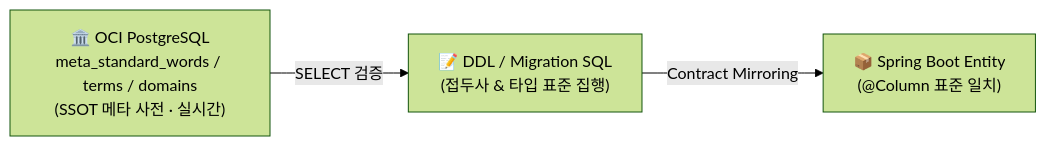
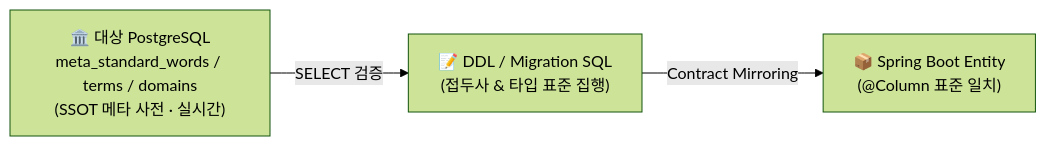
Before and after one commit to lkindo/egov-enterprise: the diagram in docs/03-guides/db-standardization-manual.md, drawn with Mermaid (forest theme). The commit also changed other lines of this file and 102 other files, not shown here.

````diff
--- a/docs/03-guides/db-standardization-manual.md
+++ b/docs/03-guides/db-standardization-manual.md
@@ -11,9 +11,9 @@
 ```mermaid
 graph LR
-    meta["🏛️ OCI PostgreSQL<br>meta_standard_words / terms / domains<br>(SSOT 메타 사전 · 실시간)"]
+    meta["🏛️ 대상 PostgreSQL<br>meta_standard_words / terms / domains<br>(SSOT 메타 사전 · 실시간)"]
     sql["📝 DDL / Migration SQL<br>(접두사 & 타입 표준 집행)"]
     be["📦 Spring Boot Entity<br>(@Column 표준 일치)"]
 
     meta -->|SELECT 검증| sql
     sql -->|Contract Mirroring| be
 ```
````
